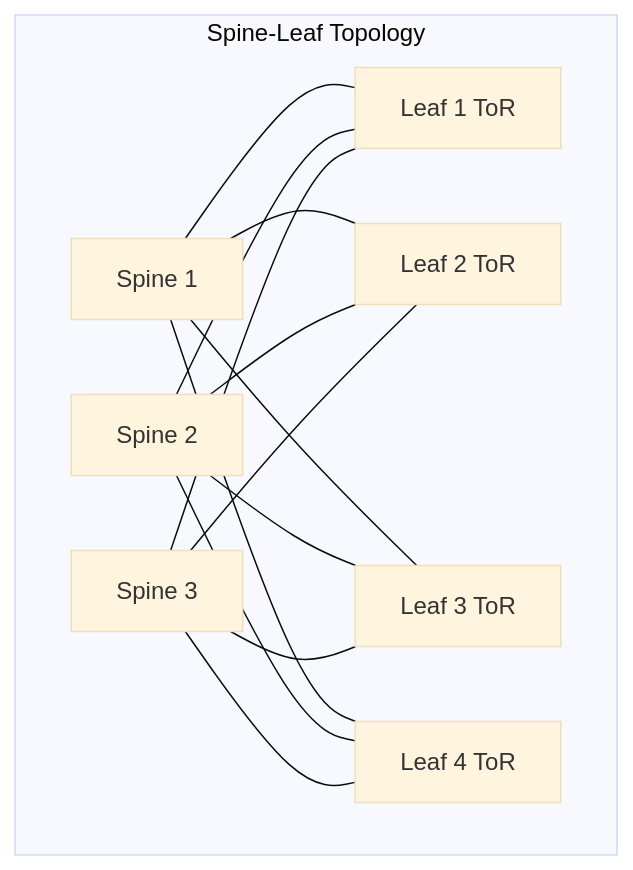
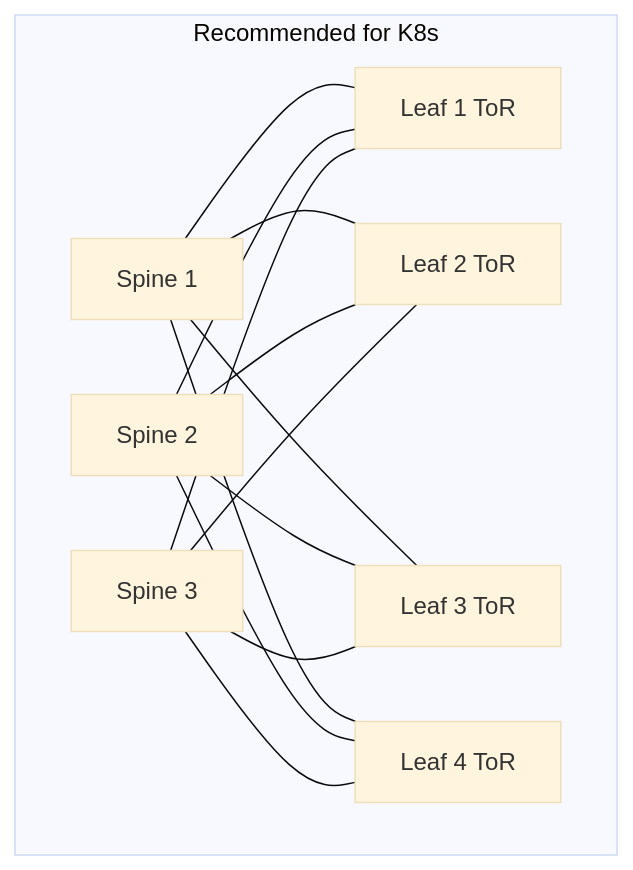
The second of 7 diagrams in src/content/docs/on-premises/networking/module-3.1-datacenter-networking.md (krisztiankoos/kubedojo), drawn with Mermaid (base theme) before and after one commit. The commit also changed other lines of this file, not shown here.

````diff
--- a/src/content/docs/on-premises/networking/module-3.1-datacenter-networking.md
+++ b/src/content/docs/on-premises/networking/module-3.1-datacenter-networking.md
@@ -105,17 +65,17 @@
 ```mermaid
 flowchart TD
-    subgraph Spine-Leaf Topology
+    subgraph Spine-Leaf Topology [Recommended for K8s]
     S1[Spine 1] --- L1[Leaf 1 ToR]
     S1 --- L2[Leaf 2 ToR]
     S1 --- L3[Leaf 3 ToR]
     S1 --- L4[Leaf 4 ToR]
     S2[Spine 2] --- L1
     S2 --- L2
     S2 --- L3
     S2 --- L4
     S3[Spine 3] --- L1
     S3 --- L2
     S3 --- L3
     S3 --- L4
     end
 ```
````
